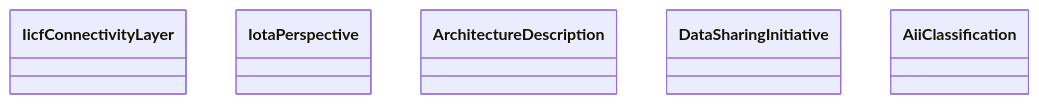
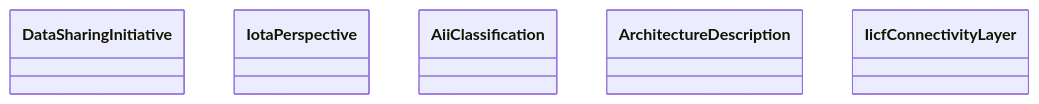
The diagram in output/ieswc_object_property/i40.ttl-abstract-5-0.md (oeg-upm/Devos), drawn with Mermaid before and after one commit. The commit also changed other lines of this file and 206 other files, not shown here.

````diff
--- a/output/ieswc_object_property/i40.ttl-abstract-5-0.md
+++ b/output/ieswc_object_property/i40.ttl-abstract-5-0.md
@@ -1,27 +1,27 @@
 ```mermaid
 	classDiagram
 
     
-    class IicfConnectivityLayer {
+    class DataSharingInitiative {
     
     }
 
     class IotaPerspective {
     
     }
 
+    class AiiClassification {
+    
+    }
+
     class ArchitectureDescription {
     
     }
 
-    class DataSharingInitiative {
-    
-    }
-
-    class AiiClassification {
+    class IicfConnectivityLayer {
     
     }
 
 
 
 ```
````
